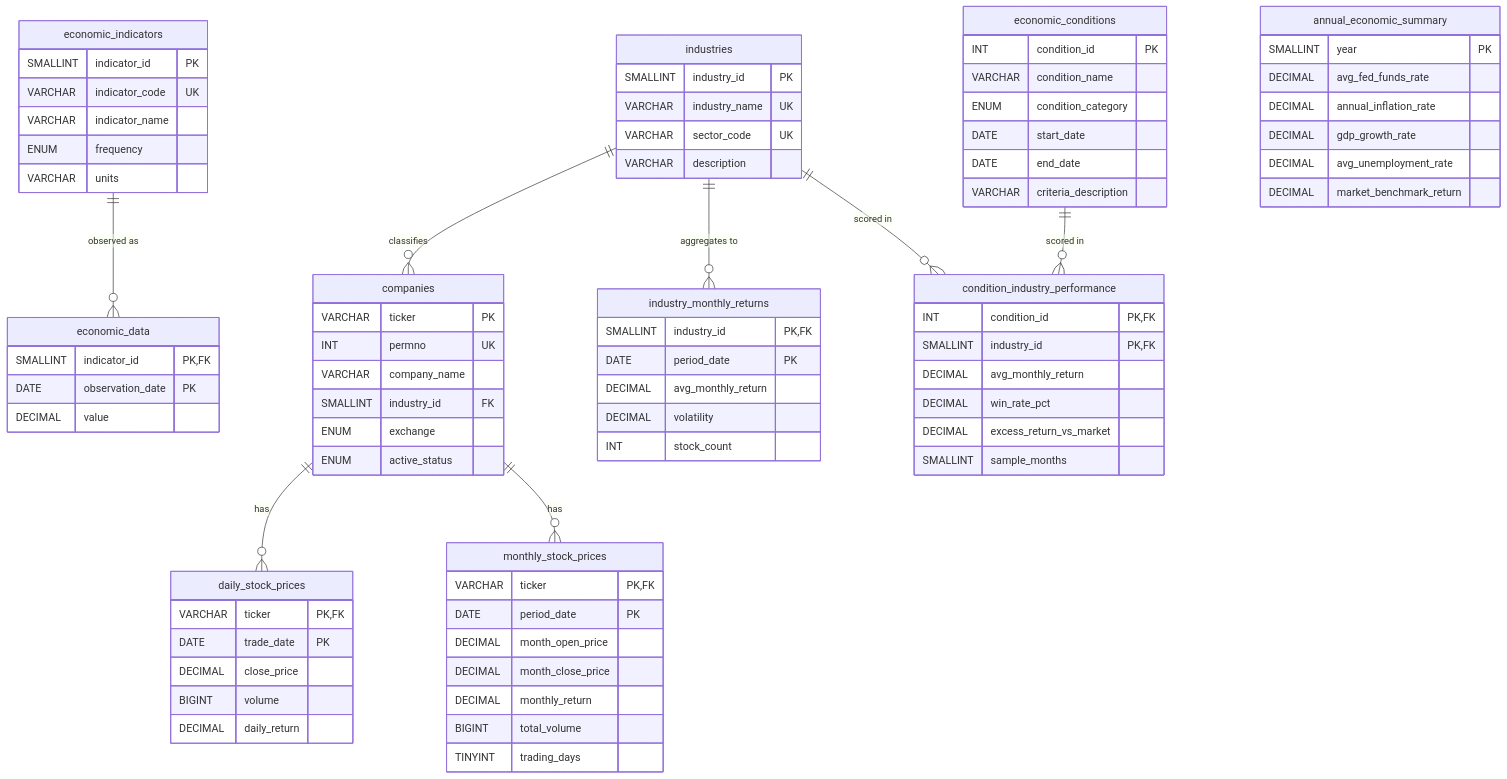
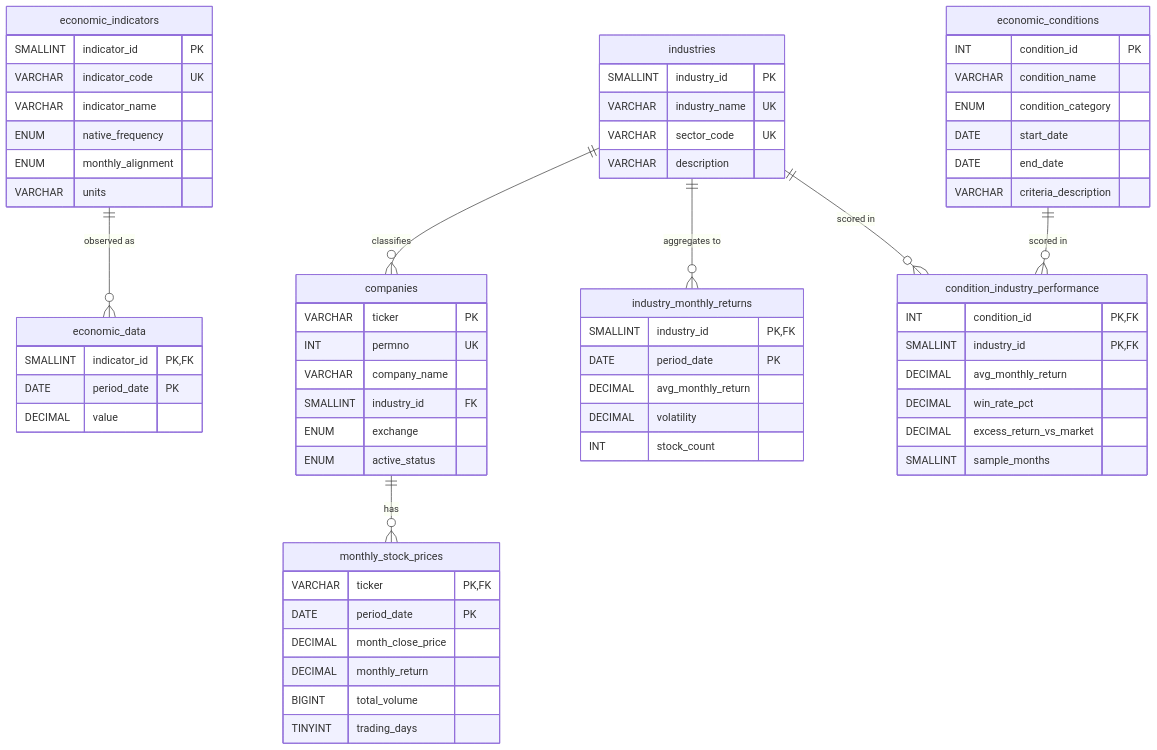
One commit to youning62/CS3200 changed the diagram in schema/SCHEMA_CONTRACT.md. Above: the diagram before and after it, drawn with Mermaid. The commit also changed other lines of this file and 7 other files, not shown here.

First line of the commit message:
Schema v2.0: monthly-only 8-table design, drop mock data

````diff
--- a/schema/SCHEMA_CONTRACT.md
+++ b/schema/SCHEMA_CONTRACT.md
@@ -32,7 +48,6 @@
 ```mermaid
 erDiagram
     industries ||--o{ companies : "classifies"
-    companies ||--o{ daily_stock_prices : "has"
     companies ||--o{ monthly_stock_prices : "has"
     economic_indicators ||--o{ economic_data : "observed as"
     industries ||--o{ industry_monthly_returns : "aggregates to"
@@ -53,17 +68,9 @@
         ENUM exchange
         ENUM active_status
     }
-    daily_stock_prices {
-        VARCHAR ticker PK,FK
-        DATE trade_date PK
-        DECIMAL close_price
-        BIGINT volume
-        DECIMAL daily_return
-    }
     monthly_stock_prices {
         VARCHAR ticker PK,FK
         DATE period_date PK
-        DECIMAL month_open_price
         DECIMAL month_close_price
         DECIMAL monthly_return
         BIGINT total_volume
@@ -73,12 +80,13 @@
         SMALLINT indicator_id PK
         VARCHAR indicator_code UK
         VARCHAR indicator_name
-        ENUM frequency
+        ENUM native_frequency
+        ENUM monthly_alignment
         VARCHAR units
     }
     economic_data {
         SMALLINT indicator_id PK,FK
-        DATE observation_date PK
+        DATE period_date PK
         DECIMAL value
     }
     economic_conditions {
@@ -104,12 +112,4 @@
         DECIMAL excess_return_vs_market
         SMALLINT sample_months
     }
-    annual_economic_summary {
-        SMALLINT year PK
-        DECIMAL avg_fed_funds_rate
-        DECIMAL annual_inflation_rate
-        DECIMAL gdp_growth_rate
-        DECIMAL avg_unemployment_rate
-        DECIMAL market_benchmark_return
-    }
 ```
````
